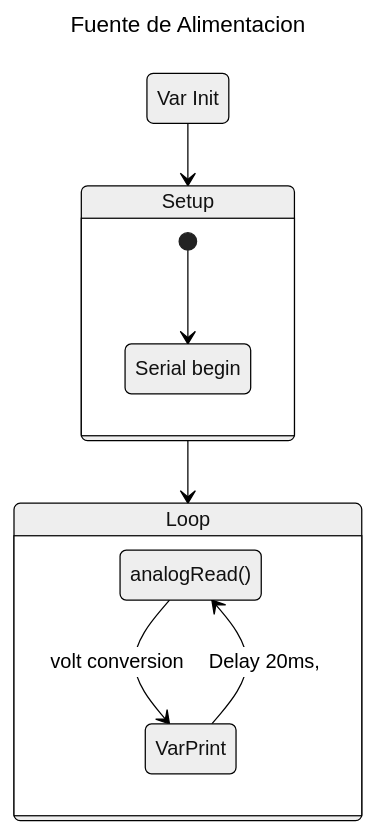
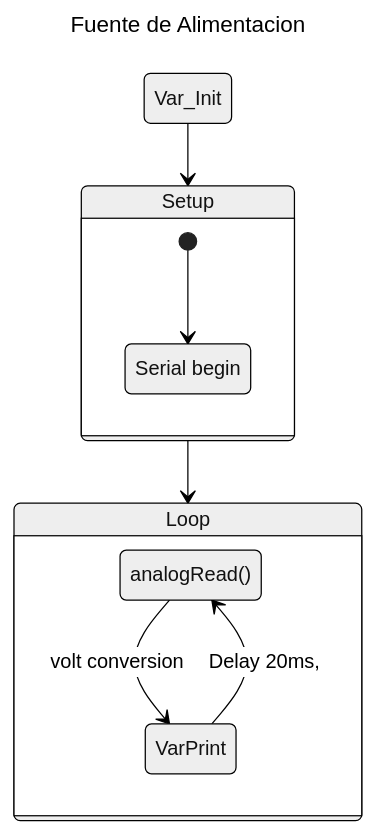
One commit to JosepUPC/Practica1 changed the second of 2 diagrams in README.md. Above: the diagram before and after it, drawn with Mermaid (neutral theme). The commit also changed other lines of this file, not shown here.

Commit message:
Master_Modifier_timeDiagram

````diff
--- a/README.md
+++ b/README.md
@@ -287,19 +287,19 @@
 ```mermaid
 ---
 title: Fuente de Alimentacion
 ---
 stateDiagram-v2
-  state "Var Init" as s0
+  state "Var_Init" as s0
   state "Serial begin" as s1
 
   state Setup {
      [*] --> s1
   }
   state Loop {
     analogRead() --> VarPrint: volt conversion
     VarPrint --> analogRead(): Delay 20ms,
   }
 
   s0 --> Setup
   Setup --> Loop
 ```
````
